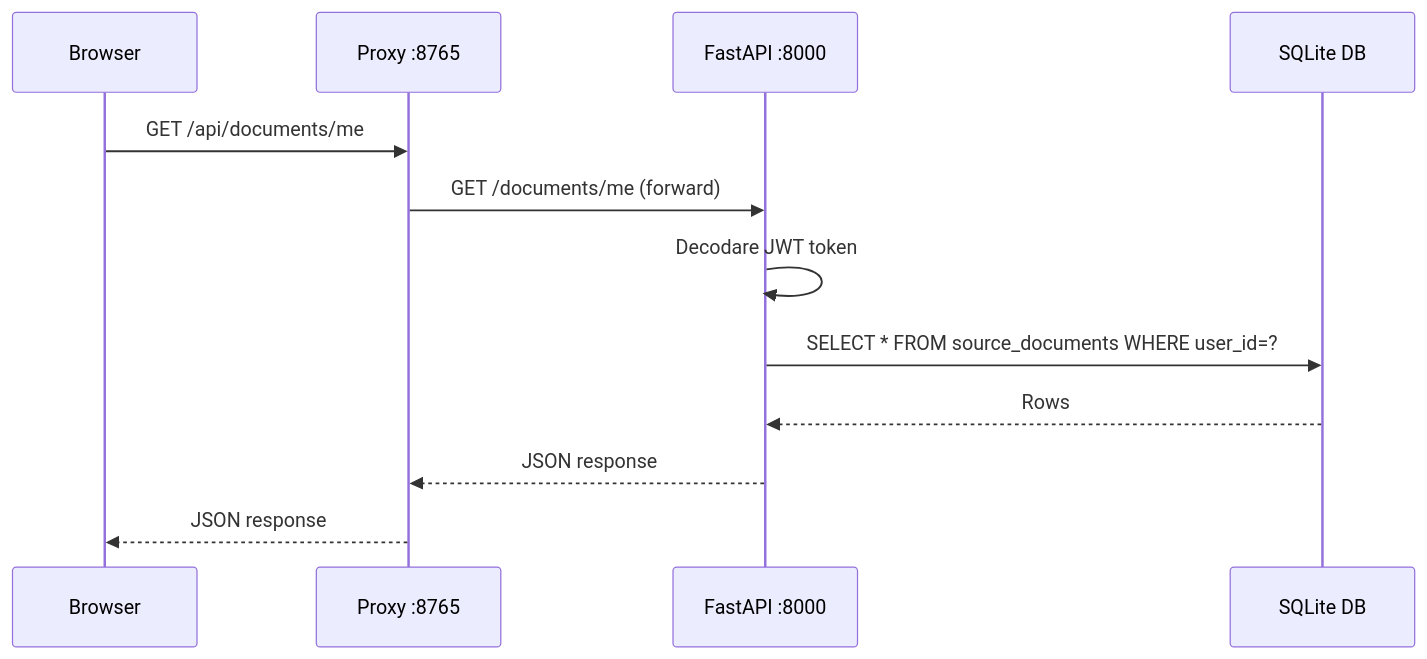
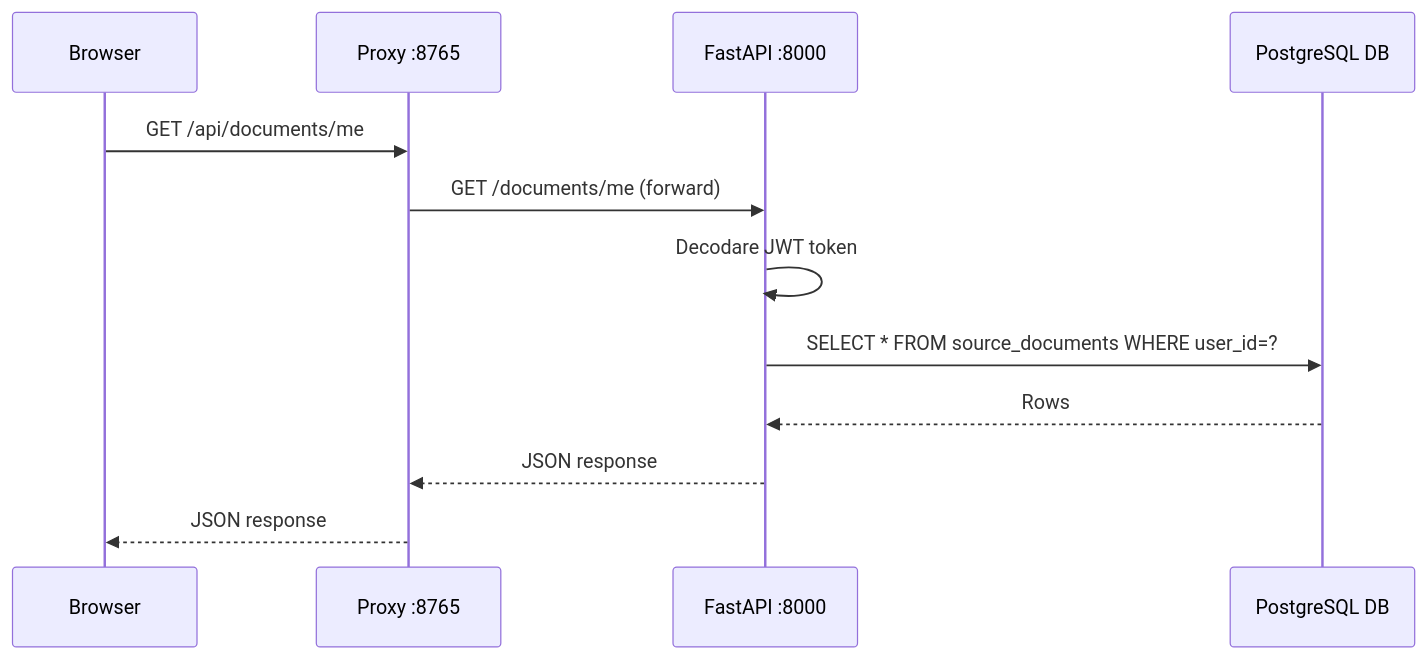
The third of 3 diagrams in docs/architecture.md (anaobreja/LICENTA), drawn with Mermaid before and after one commit. The commit also changed other lines of this file and 4 other files, not shown here.

First line of the commit message:
refactor: migrate to PostgreSQL-only, remove all SQLite references

````diff
--- a/docs/architecture.md
+++ b/docs/architecture.md
@@ -88,15 +88,15 @@
 ```mermaid
 sequenceDiagram
     participant B as Browser
     participant P as Proxy :8765
     participant A as FastAPI :8000
-    participant D as SQLite DB
+    participant D as PostgreSQL DB
 
     B->>P: GET /api/documents/me
     P->>A: GET /documents/me (forward)
     A->>A: Decodare JWT token
     A->>D: SELECT * FROM source_documents WHERE user_id=?
     D-->>A: Rows
     A-->>P: JSON response
     P-->>B: JSON response
 ```
````
